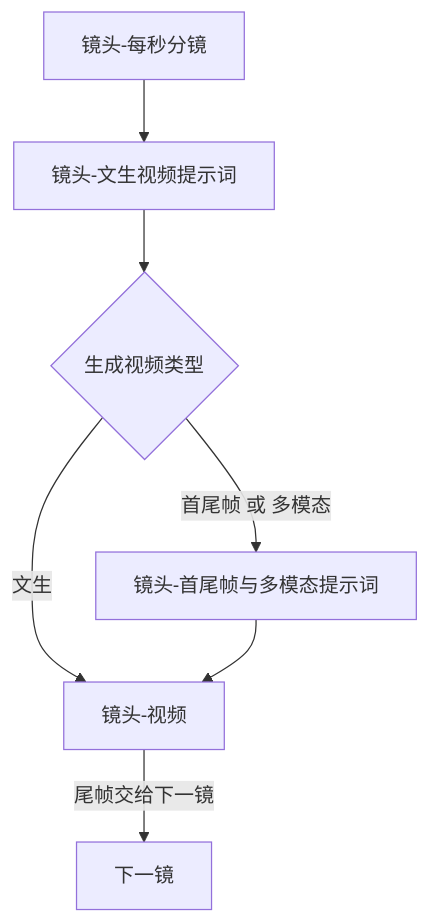
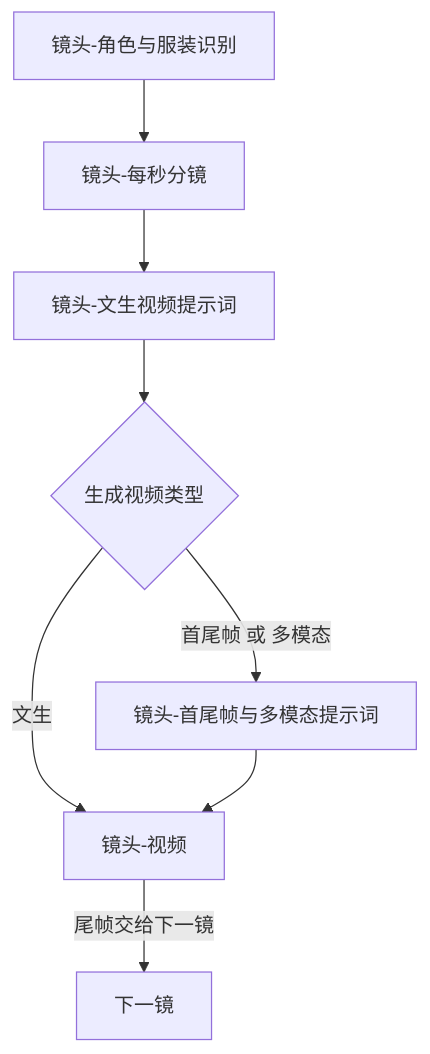
One commit to senbenyi/meiji-harness changed the second of 3 diagrams in meiji/dev_docs/制作工作流.md. Above: the diagram before and after it, drawn with Mermaid. The commit also changed other lines of this file and 140 other files, not shown here.

````diff
--- a/meiji/dev_docs/制作工作流.md
+++ b/meiji/dev_docs/制作工作流.md
@@ -62,14 +72,15 @@
 ```mermaid
 flowchart TD
+  binding["镜头-角色与服装识别"]
   sec["镜头-每秒分镜"]
   text["镜头-文生视频提示词"]
   kind{"生成视频类型"}
   pack["镜头-首尾帧与多模态提示词"]
   video["镜头-视频"]
   next["下一镜"]
 
-  sec --> text --> kind
+  binding --> sec --> text --> kind
   kind -->|文生| video
   kind -->|首尾帧 或 多模态| pack --> video
   video -->|尾帧交给下一镜| next
 ```
````
